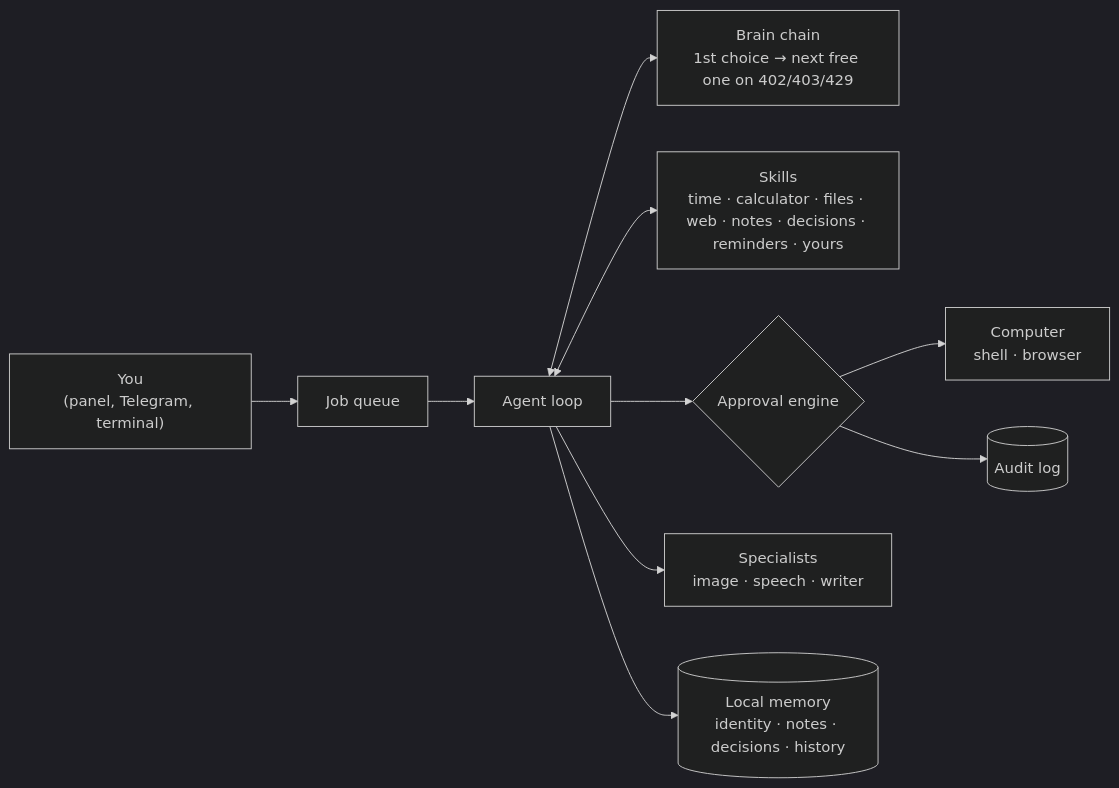
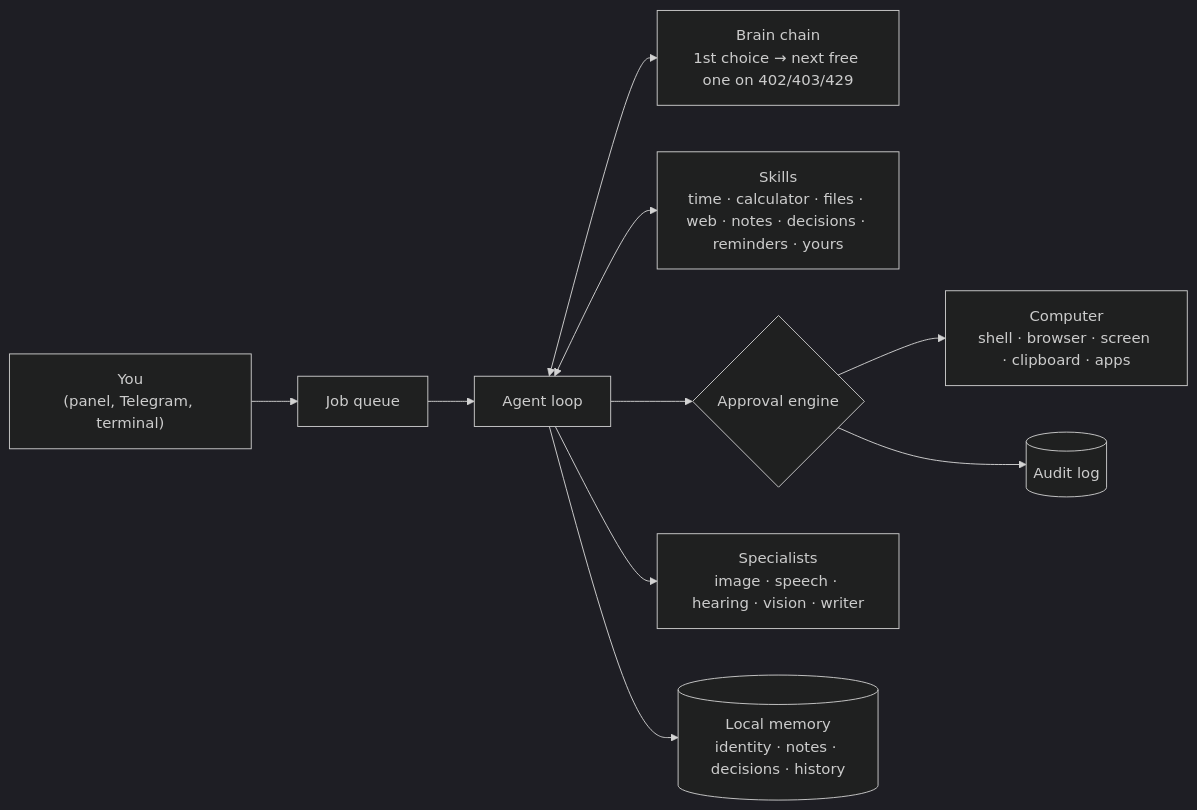
Before and after one commit to wansJaxell/pocket-agent: the diagram in README.md, drawn with Mermaid (dark theme). The commit also changed other lines of this file and 5 other files, not shown here.

````diff
--- a/README.md
+++ b/README.md
@@ -26,10 +32,10 @@
 ```mermaid
 flowchart LR
     U["You<br/>(panel, Telegram, terminal)"] --> J[Job queue] --> A[Agent loop]
     A <--> R["Brain chain<br/>1st choice → next free one on 402/403/429"]
     A <--> S["Skills<br/>time · calculator · files · web · notes · decisions · reminders · yours"]
-    A --> G{"Approval engine"} --> O["Computer<br/>shell · browser"]
-    A --> X["Specialists<br/>image · speech · writer"]
+    A --> G{"Approval engine"} --> O["Computer<br/>shell · browser · screen · clipboard · apps"]
+    A --> X["Specialists<br/>image · speech · hearing · vision · writer"]
     A --> M[("Local memory<br/>identity · notes · decisions · history")]
     G --> L[("Audit log")]
 ```
````
